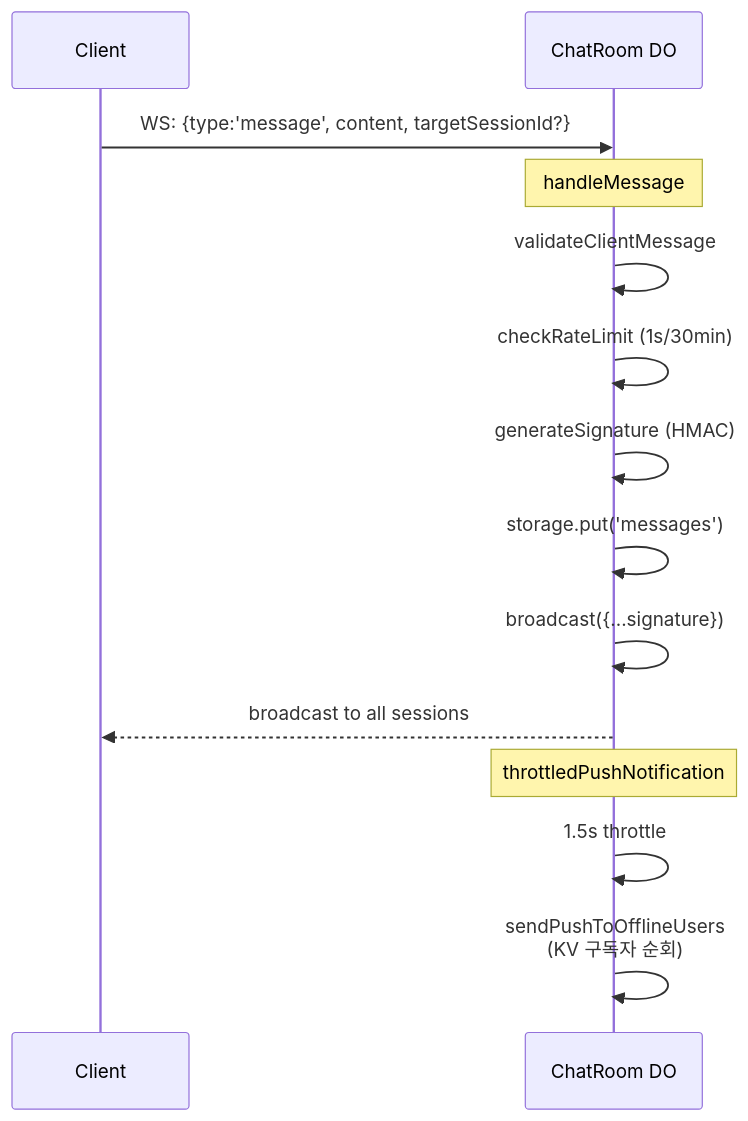
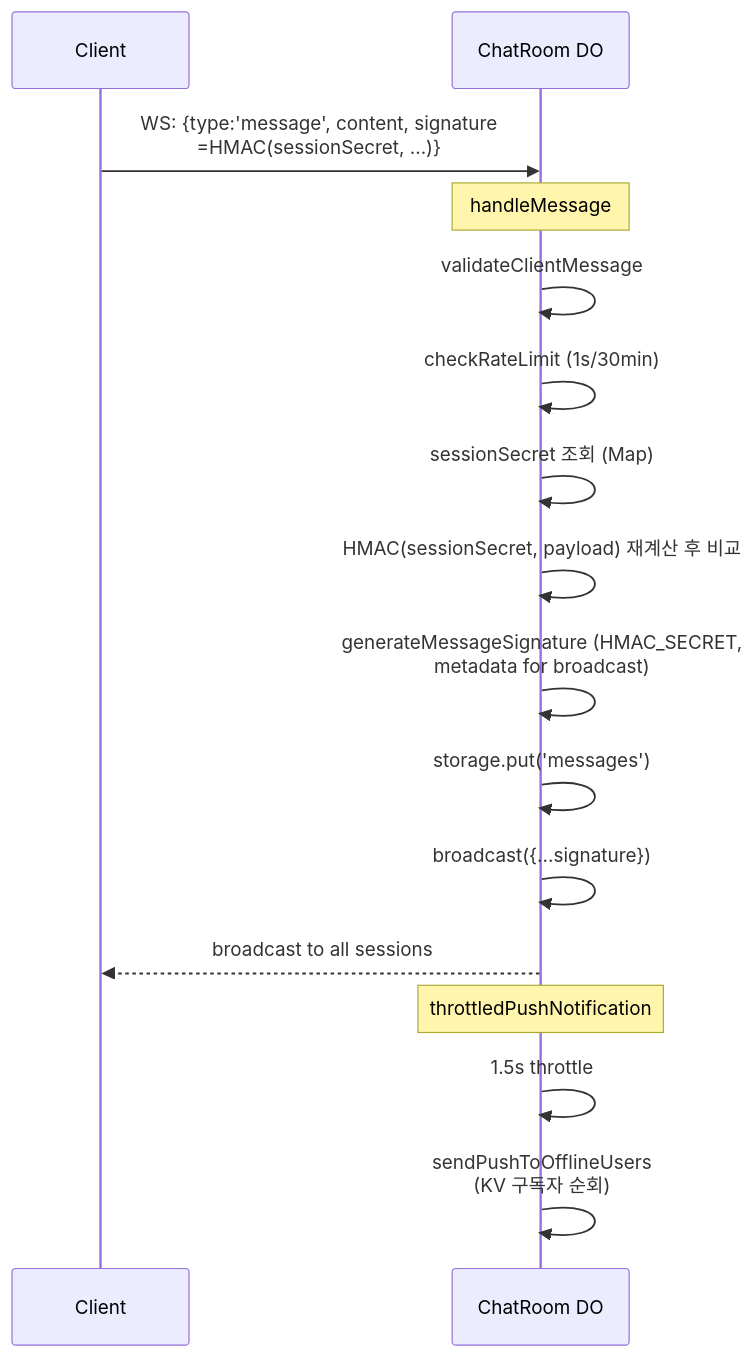
One commit to gguatit/Anonymous_Chat changed the second of 7 diagrams in docs/ARCHITECTURE.md. Above: the diagram before and after it, drawn with Mermaid. The commit also changed other lines of this file and 6 other files, not shown here.

````diff
--- a/docs/ARCHITECTURE.md
+++ b/docs/ARCHITECTURE.md
@@ -203,20 +203,22 @@
 ```mermaid
 sequenceDiagram
     participant C as Client
     participant DO as ChatRoom DO
 
-    C->>DO: WS: {type:'message', content, targetSessionId?}
+    C->>DO: WS: {type:'message', content, signature<br/>=HMAC(sessionSecret, ...)}
 
     Note over DO: handleMessage
     DO->>DO: validateClientMessage
     DO->>DO: checkRateLimit (1s/30min)
-    DO->>DO: generateSignature (HMAC)
+    DO->>DO: sessionSecret 조회 (Map)
+    DO->>DO: HMAC(sessionSecret, payload) 재계산 후 비교
+    DO->>DO: generateMessageSignature (HMAC_SECRET,<br/>metadata for broadcast)
     DO->>DO: storage.put('messages')
     DO->>DO: broadcast({...signature})
 
     DO-->>C: broadcast to all sessions
 
     Note over DO: throttledPushNotification
     DO->>DO: 1.5s throttle
     DO->>DO: sendPushToOfflineUsers<br/>(KV 구독자 순회)
 ```
````
